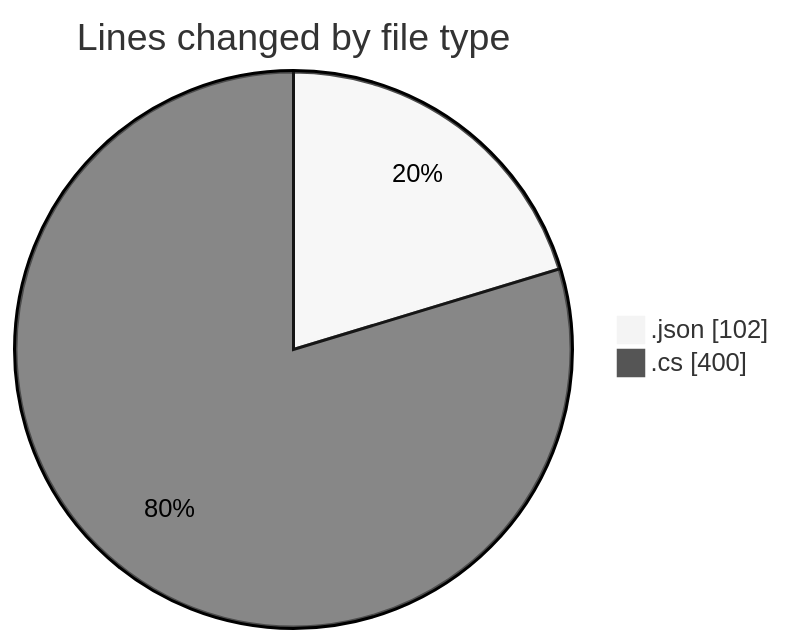
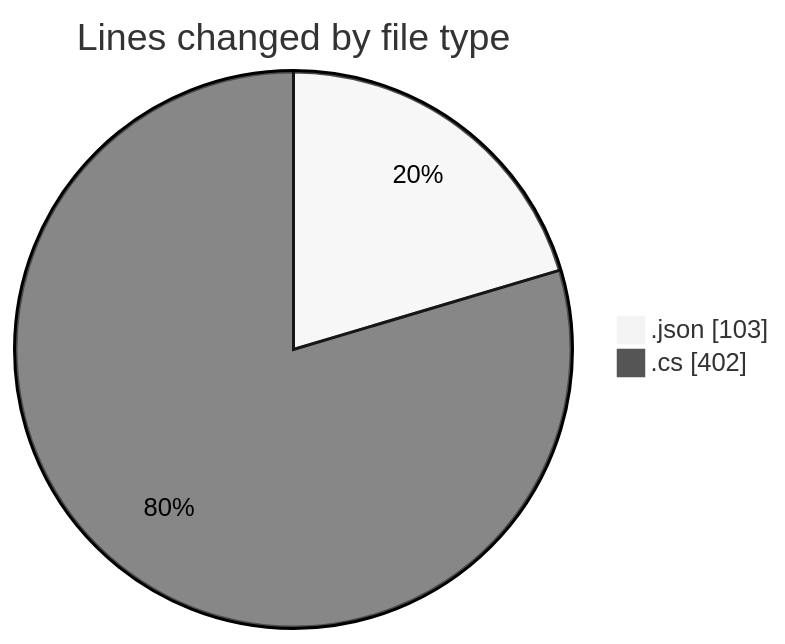
The first of 2 diagrams in 2025-03-20/back-end/README.md (Netris89/code-tracking), drawn with Mermaid (neutral theme) before and after one commit. The commit also changed other lines of this file and 1 other file, not shown here.

````diff
--- a/2025-03-20/back-end/README.md
+++ b/2025-03-20/back-end/README.md
@@ -23,6 +23,6 @@
 ```mermaid
 pie showData
 title Lines changed by file type
-".json" : 102
-".cs" : 400
+".json" : 103
+".cs" : 402
 ```
````
